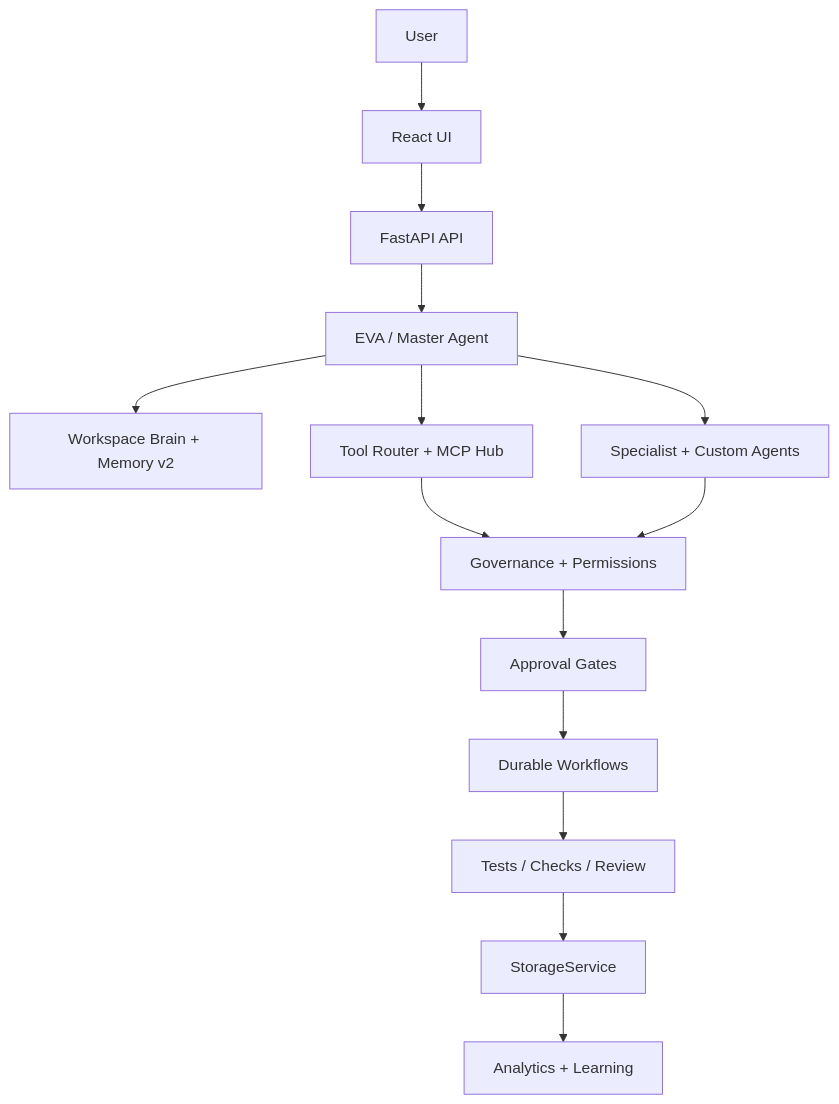
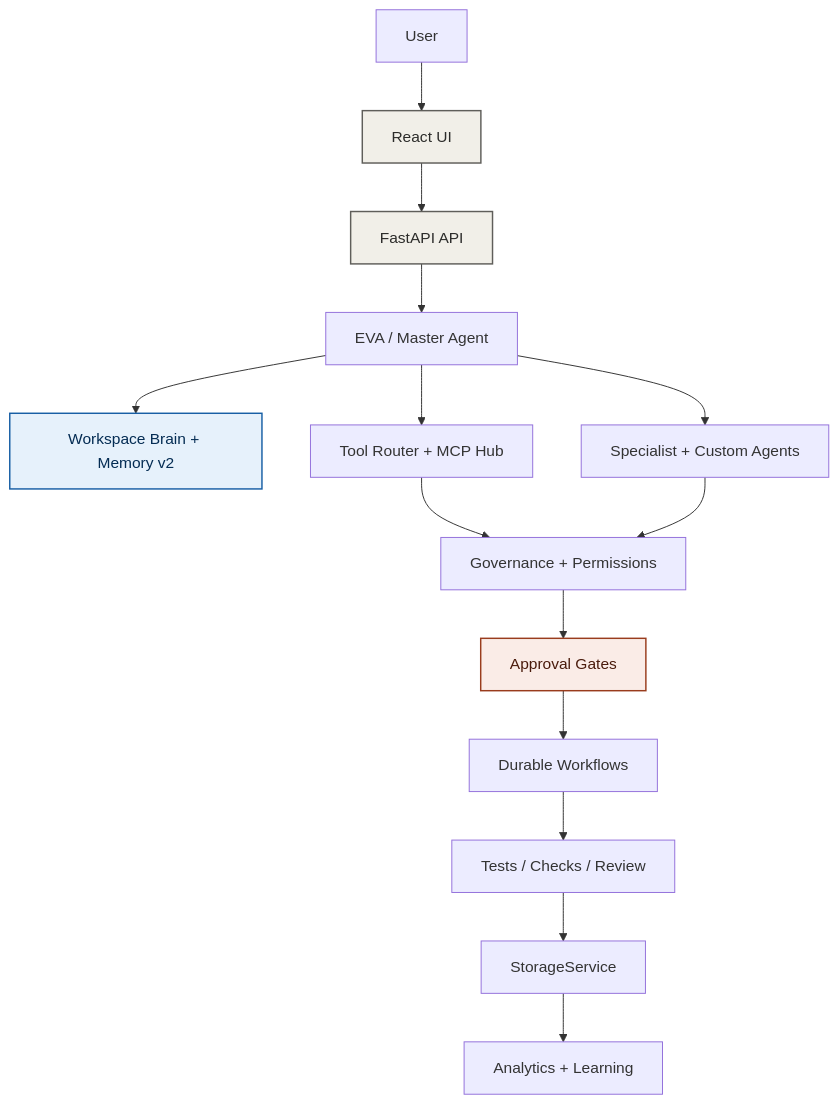
One commit to Sidhantaa/evolveagent-ai changed the diagram in README.md. Above: the diagram before and after it, drawn with Mermaid. The commit also changed 1 other file, not shown here.

Commit message:
Auto-update architecture diagram with colors

````diff
--- a/README.md
+++ b/README.md
@@ -103,16 +103,38 @@
 ```mermaid
 flowchart TD
     User[User] --> UI[React UI]
     UI --> API[FastAPI API]
     API --> EVA[EVA / Master Agent]
     EVA --> Memory[Workspace Brain + Memory v2]
     EVA --> Agents[Specialist + Custom Agents]
     EVA --> Tools[Tool Router + MCP Hub]
     Tools --> Gov[Governance + Permissions]
     Agents --> Gov
     Gov --> Approval[Approval Gates]
     Approval --> Workflows[Durable Workflows]
     Workflows --> Verify[Tests / Checks / Review]
     Verify --> Store[StorageService]
     Store --> Learn[Analytics + Learning]
+
+    classDef core fill:#EEEDFE,stroke:#534AB7,color:#26215C,stroke-width:1.5px
+    classDef agent fill:#E1F5EE,stroke:#0F6E56,color:#04342C,stroke-width:1.5px
+    classDef storage fill:#E6F1FB,stroke:#185FA5,color:#042C53,stroke-width:1.5px
+    classDef eval fill:#FAEEDA,stroke:#854F0B,color:#412402,stroke-width:1.5px
+    classDef govern fill:#FAECE7,stroke:#993C1D,color:#4A1B0C,stroke-width:1.5px
+    classDef record fill:#FBEAF0,stroke:#993556,color:#4B1528,stroke-width:1.5px
+    classDef goal fill:#EAF3DE,stroke:#3B6D11,color:#173404,stroke-width:1.5px
+    classDef external fill:#F1EFE8,stroke:#5F5E5A,color:#2C2C2A,stroke-width:1.5px
+
+    class U,UI,API,Workspace,WorkspaceMemory,Session,Master,Kernel external
+    class Detect eval
+    class TextFlow,Router,Consensus,Research,Logic,Risk,Strategy,Writing agent
+    class FileFlow,Extract,FileAgent agent
+    class RecordingFlow,RecUpload,Transcribe,RecAgent record
+    class GoalFlow,GoalPlanner,GoalStore,MissionUI goal
+    class ToolFlow,ToolRegistry,ToolTrace external
+    class ImageFlow,Prompt,Safety,MockImage eval
+    class AutoFlow,Scanner,Planner,Approval,SafeTools govern
+    class Judge,AgentEval,Evolution eval
+    class Analytics,Memory,WorkspaceStore,Learning,PromptVersions,PromptRegistry,AgentJobs storage
+    class Response,Feedback external
 ```
````
